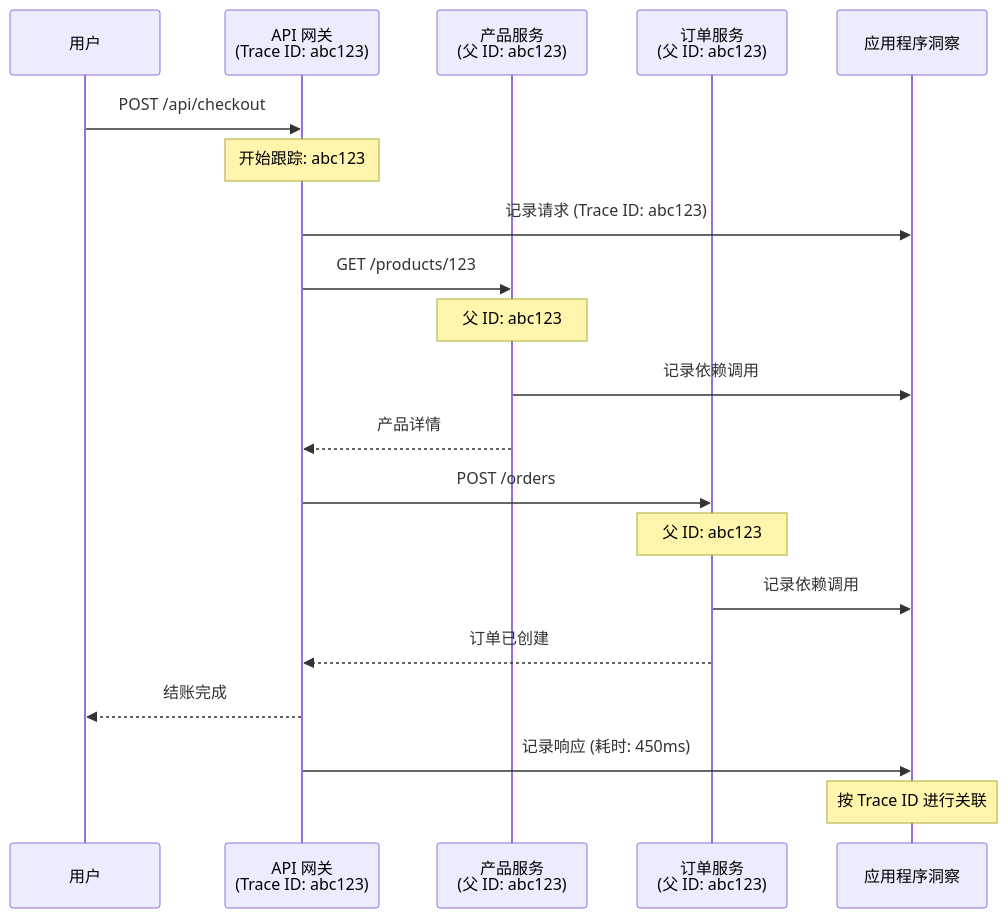
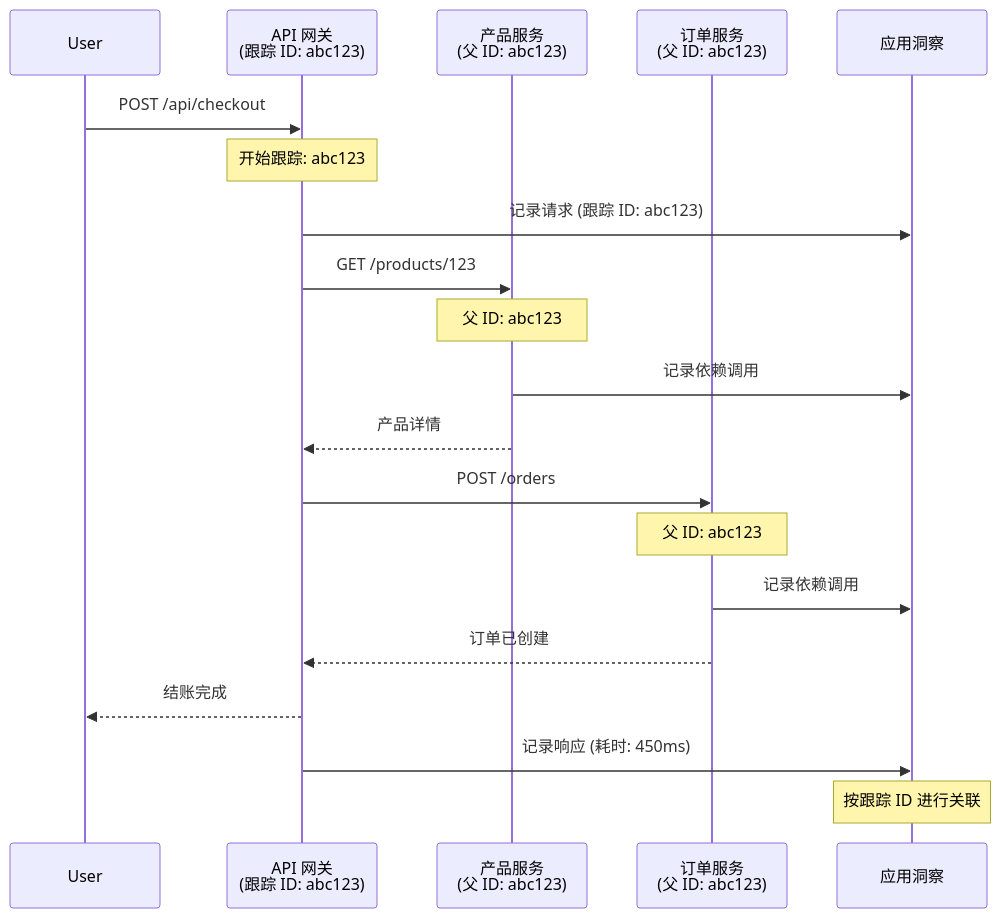
One commit to microsoft/AZD-for-beginners changed the second of 2 diagrams in translations/zh-CN/docs/chapter-06-pre-deployment/application-insights.md. Above: the diagram before and after it, drawn with Mermaid. The commit also changed other lines of this file and 101 other files, not shown here.

````diff
--- a/translations/zh-CN/docs/chapter-06-pre-deployment/application-insights.md
+++ b/translations/zh-CN/docs/chapter-06-pre-deployment/application-insights.md
@@ -744,27 +744,27 @@
 ```mermaid
 sequenceDiagram
-    participant User as 用户
-    participant Gateway as API 网关<br/>(Trace ID: abc123)
+    participant User
+    participant Gateway as API 网关<br/>(跟踪 ID: abc123)
     participant Product as 产品服务<br/>(父 ID: abc123)
     participant Order as 订单服务<br/>(父 ID: abc123)
-    participant AppInsights as 应用程序洞察
+    participant AppInsights as 应用洞察
     
     User->>Gateway: POST /api/checkout
     Note over Gateway: 开始跟踪: abc123
-    Gateway->>AppInsights: 记录请求 (Trace ID: abc123)
+    Gateway->>AppInsights: 记录请求 (跟踪 ID: abc123)
     
     Gateway->>Product: GET /products/123
     Note over Product: 父 ID: abc123
     Product->>AppInsights: 记录依赖调用
     Product-->>Gateway: 产品详情
     
     Gateway->>Order: POST /orders
     Note over Order: 父 ID: abc123
     Order->>AppInsights: 记录依赖调用
     Order-->>Gateway: 订单已创建
     
     Gateway-->>User: 结账完成
     Gateway->>AppInsights: 记录响应 (耗时: 450ms)
     
-    Note over AppInsights: 按 Trace ID 进行关联
+    Note over AppInsights: 按跟踪 ID 进行关联
 ```
````
